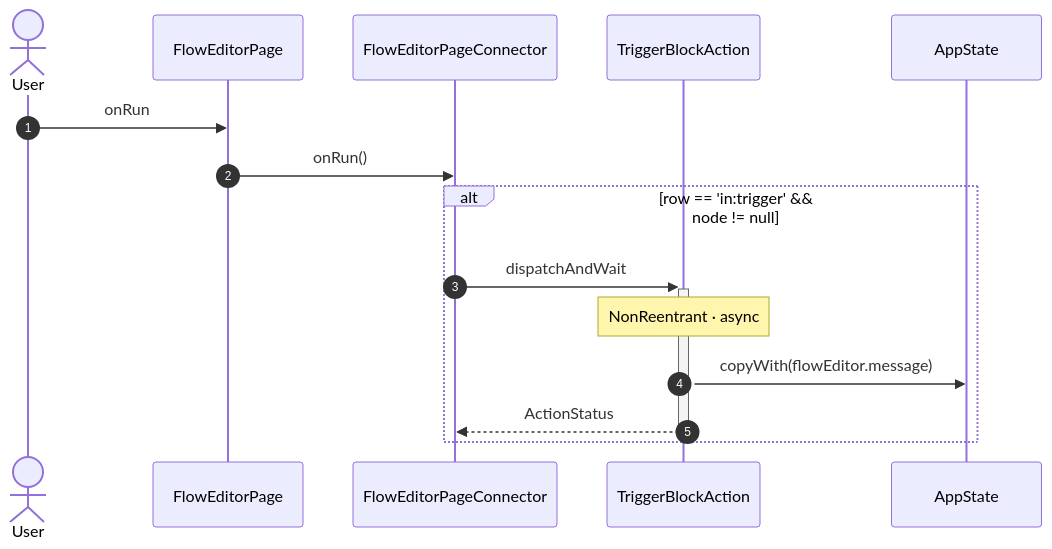
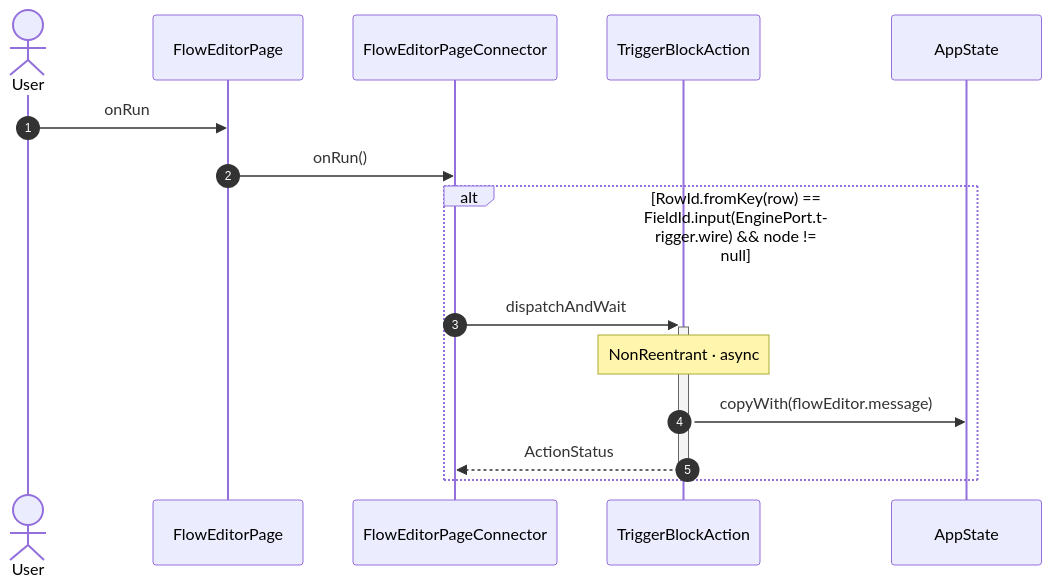
Before and after one commit to gencto/wyrm: diagram 11 of 42 in studio/docs/flows/flowEditor.md, drawn with Mermaid. The commit also changed other lines of this file and 61 other files, not shown here.

First line of the commit message:
studio: flow editor: typed editor state, field ids and actions without unawaited

````diff
--- a/studio/docs/flows/flowEditor.md
+++ b/studio/docs/flows/flowEditor.md
@@ -226,18 +227,18 @@
 ```mermaid
 sequenceDiagram
     autonumber
     actor User
     participant UI as FlowEditorPage
     participant VM as FlowEditorPageConnector
     participant A1 as TriggerBlockAction
     participant ST as AppState
 
     User->>UI: onRun
     UI->>VM: onRun()
-    alt row == 'in:trigger' && node != null
+    alt RowId.fromKey(row) == FieldId.input(EnginePort.trigger.wire) && node != null
         VM->>+A1: dispatchAndWait
         Note over A1: NonReentrant · async
         A1->>ST: copyWith(flowEditor.message)
         A1-->>-VM: ActionStatus
     end
 ```
````
